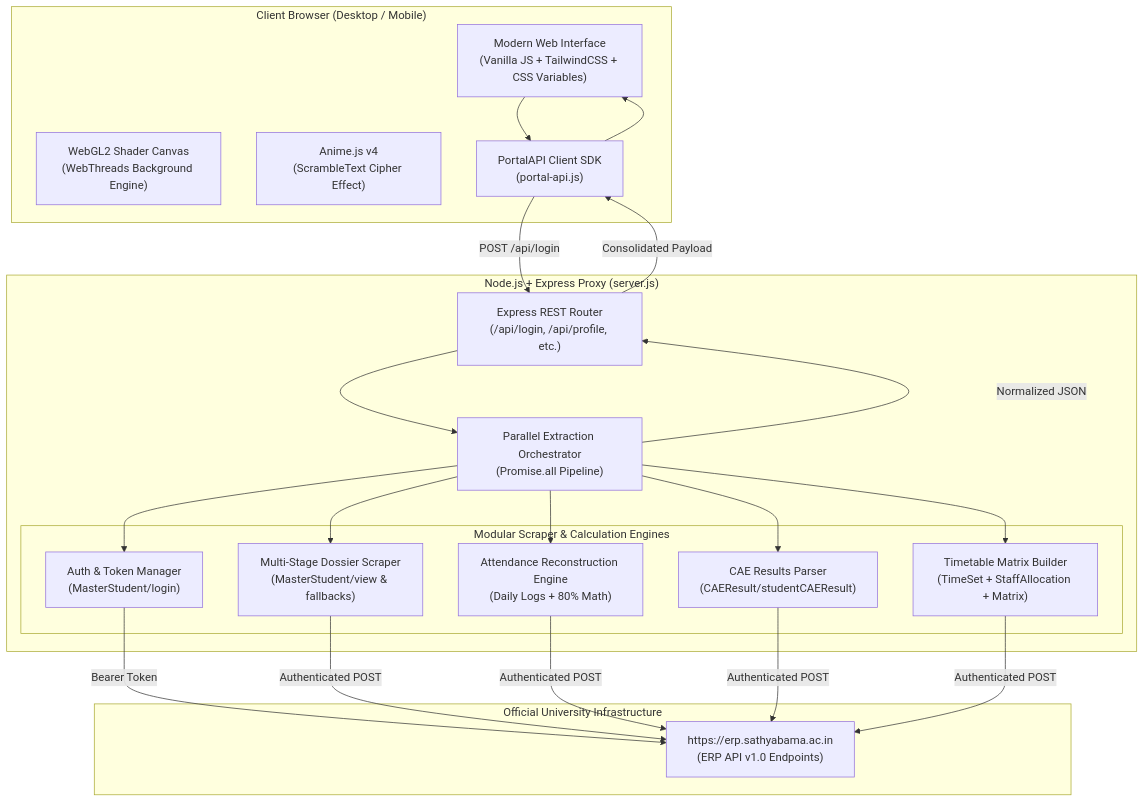
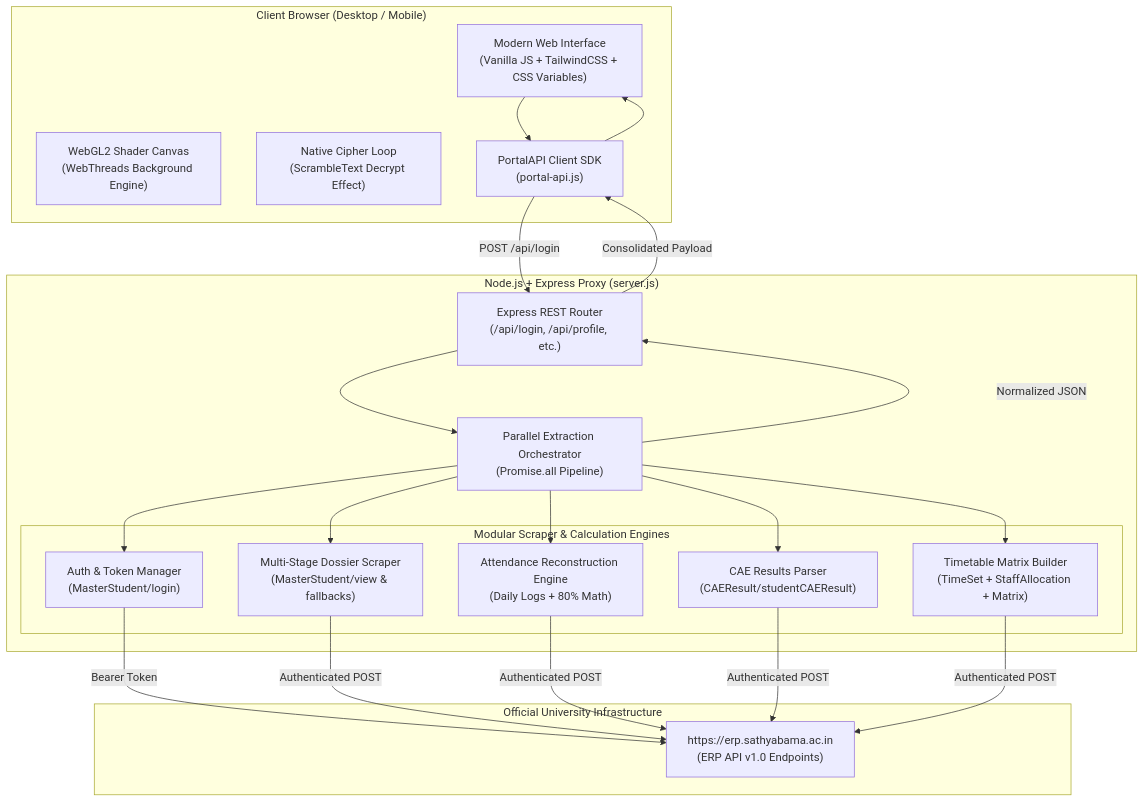
One commit to Gowtham-kun/SIST-ERP changed the diagram in README.md. Above: the diagram before and after it, drawn with Mermaid. The commit also changed other lines of this file and 11 other files, not shown here.

````diff
--- a/README.md
+++ b/README.md
@@ -48,37 +48,37 @@
 ```mermaid
 flowchart TD
     subgraph Client ["Client Browser (Desktop / Mobile)"]
         UI["Modern Web Interface\n(Vanilla JS + TailwindCSS + CSS Variables)"]
         WebGL["WebGL2 Shader Canvas\n(WebThreads Background Engine)"]
-        Anime["Anime.js v4\n(ScrambleText Cipher Effect)"]
+        Cipher["Native Cipher Loop\n(ScrambleText Decrypt Effect)"]
         API_Client["PortalAPI Client SDK\n(portal-api.js)"]
     end
 
     subgraph Backend ["Node.js + Express Proxy (server.js)"]
         Router["Express REST Router\n(/api/login, /api/profile, etc.)"]
         Orchestrator["Parallel Extraction Orchestrator\n(Promise.all Pipeline)"]
         
         subgraph Scrapers ["Modular Scraper & Calculation Engines"]
             AuthScraper["Auth & Token Manager\n(MasterStudent/login)"]
             ProfileScraper["Multi-Stage Dossier Scraper\n(MasterStudent/view & fallbacks)"]
             AttScraper["Attendance Reconstruction Engine\n(Daily Logs + 80% Math)"]
             CAEScraper["CAE Results Parser\n(CAEResult/studentCAEResult)"]
             TTScraper["Timetable Matrix Builder\n(TimeSet + StaffAllocation + Matrix)"]
         end
     end
 
     subgraph University ["Official University Infrastructure"]
         ERP["https://erp.sathyabama.ac.in\n(ERP API v1.0 Endpoints)"]
     end
 
     UI --> API_Client
     API_Client -->|POST /api/login| Router
     Router --> Orchestrator
     Orchestrator --> AuthScraper
     AuthScraper -->|Bearer Token| ERP
     Orchestrator --> ProfileScraper & AttScraper & CAEScraper & TTScraper
     ProfileScraper & AttScraper & CAEScraper & TTScraper -->|Authenticated POST| ERP
     Orchestrator -->|Normalized JSON| Router
     Router -->|Consolidated Payload| API_Client
     API_Client --> UI
 ```
````
